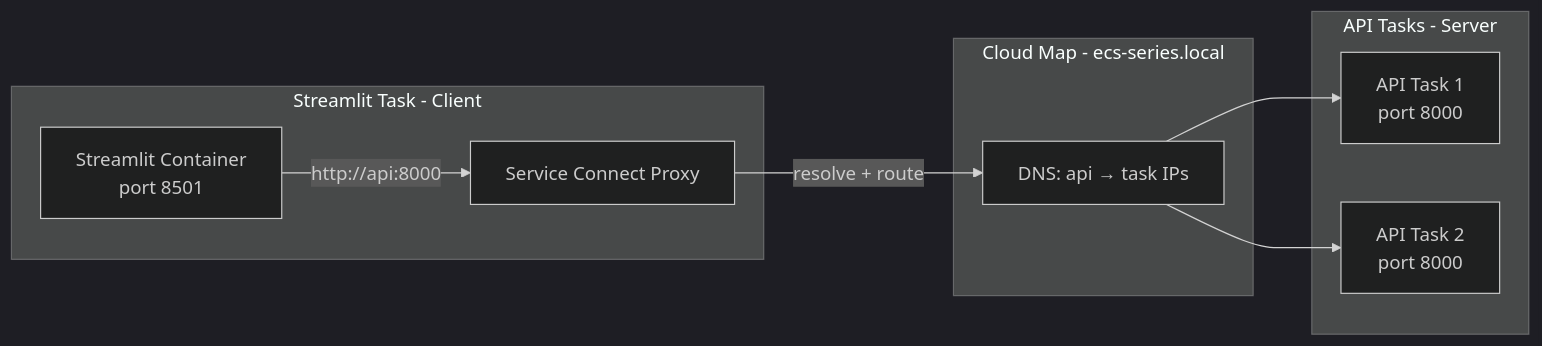
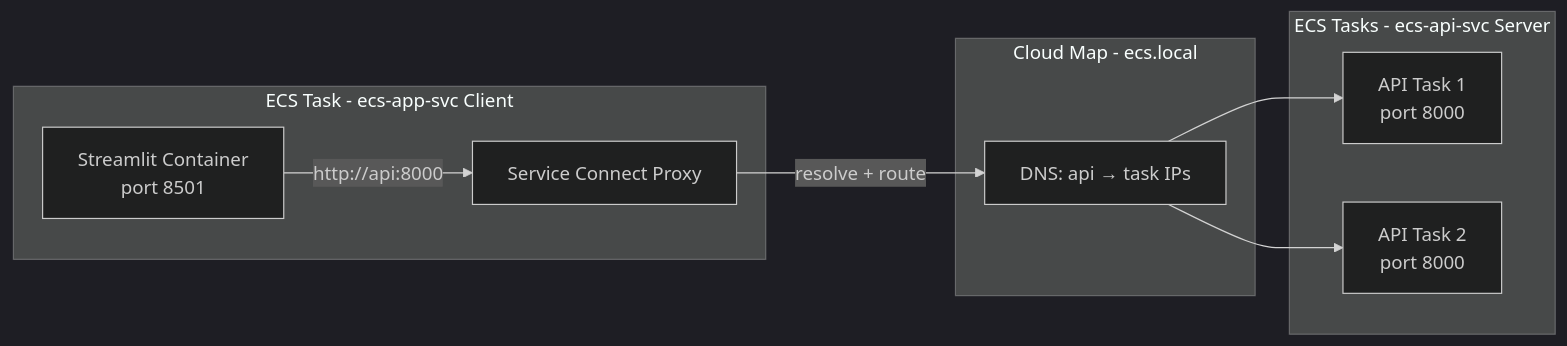
One commit to kubenine-mohammed/kubeblogs changed the first of 2 diagrams in chapter-4/blog-draft.md. Above: the diagram before and after it, drawn with Mermaid (dark theme). The commit also changed other lines of this file and 2 other files, not shown here.

Commit message:
feat: ecs-focused update version1

````diff
--- a/chapter-4/blog-draft.md
+++ b/chapter-4/blog-draft.md
@@ -112,21 +107,21 @@
 ```mermaid
 flowchart LR
-    subgraph clientTask [Streamlit Task - Client]
+    subgraph clientTask [ECS Task - ecs-app-svc Client]
         streamlit[Streamlit Container\nport 8501]
         envoyClient[Service Connect Proxy]
     end
 
-    subgraph cloudMap [Cloud Map - ecs-series.local]
+    subgraph cloudMap [Cloud Map - ecs.local]
         dns["DNS: api → task IPs"]
     end
 
-    subgraph serverTasks [API Tasks - Server]
+    subgraph serverTasks [ECS Tasks - ecs-api-svc Server]
         api1[API Task 1\nport 8000]
         api2[API Task 2\nport 8000]
     end
 
     streamlit -->|"http://api:8000"| envoyClient
     envoyClient -->|"resolve + route"| dns
     dns --> api1
     dns --> api2
 ```
````
